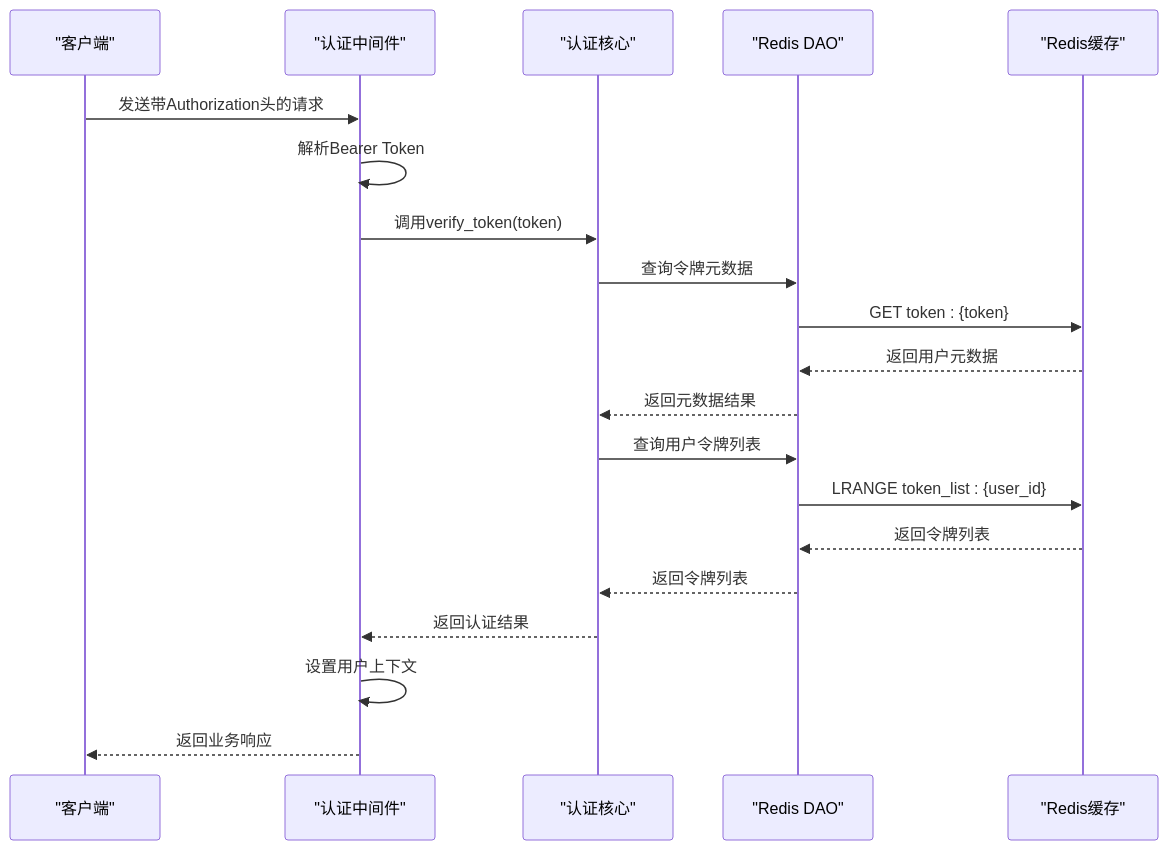
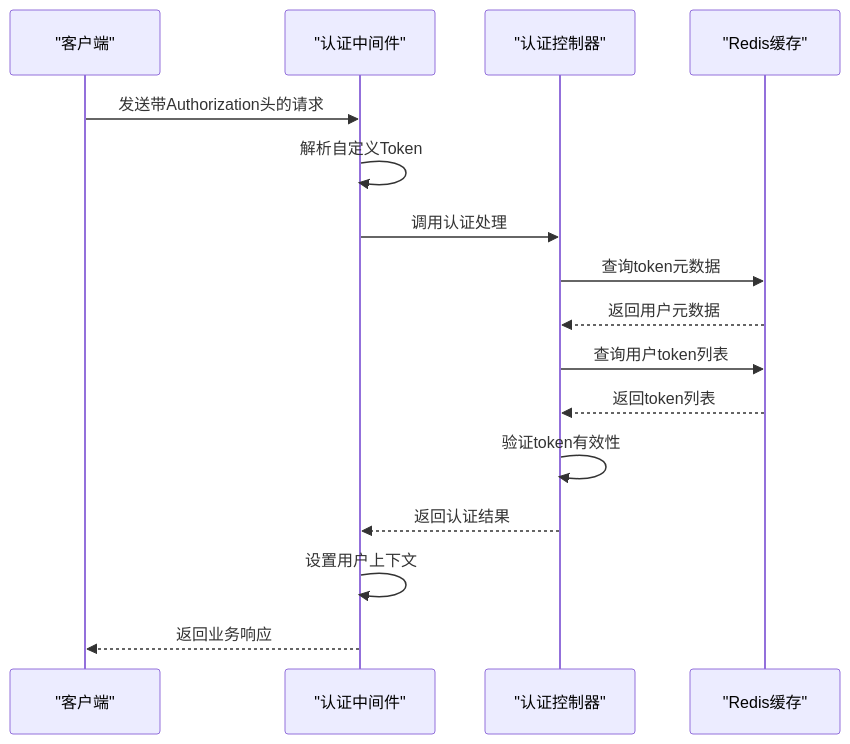
Before and after one commit to lilinzezzzzzz/fastapi-backend: the second of 7 diagrams in .qoder/repowiki/zh/content/安全认证机制/JWT Token认证.md, drawn with Mermaid. The commit also changed other lines of this file and 42 other files, not shown here.

````diff
--- a/.qoder/repowiki/zh/content/安全认证机制/JWT Token认证.md
+++ b/.qoder/repowiki/zh/content/安全认证机制/JWT Token认证.md
@@ -154,22 +140,18 @@
 ```mermaid
 sequenceDiagram
 participant Client as "客户端"
 participant Middleware as "认证中间件"
-participant CoreAuth as "认证核心"
-participant RedisDAO as "Redis DAO"
+participant Controller as "认证控制器"
 participant Redis as "Redis缓存"
 Client->>Middleware : 发送带Authorization头的请求
-Middleware->>Middleware : 解析Bearer Token
-Middleware->>CoreAuth : 调用verify_token(token)
-CoreAuth->>RedisDAO : 查询令牌元数据
-RedisDAO->>Redis : GET token : {token}
-Redis-->>RedisDAO : 返回用户元数据
-RedisDAO-->>CoreAuth : 返回元数据结果
-CoreAuth->>RedisDAO : 查询用户令牌列表
-RedisDAO->>Redis : LRANGE token_list : {user_id}
-Redis-->>RedisDAO : 返回令牌列表
-RedisDAO-->>CoreAuth : 返回令牌列表
-CoreAuth-->>Middleware : 返回认证结果
+Middleware->>Middleware : 解析自定义Token
+Middleware->>Controller : 调用认证处理
+Controller->>Redis : 查询token元数据
+Redis-->>Controller : 返回用户元数据
+Controller->>Redis : 查询用户token列表
+Redis-->>Controller : 返回token列表
+Controller->>Controller : 验证token有效性
+Controller-->>Middleware : 返回认证结果
 Middleware->>Middleware : 设置用户上下文
 Middleware-->>Client : 返回业务响应
 ```
````
